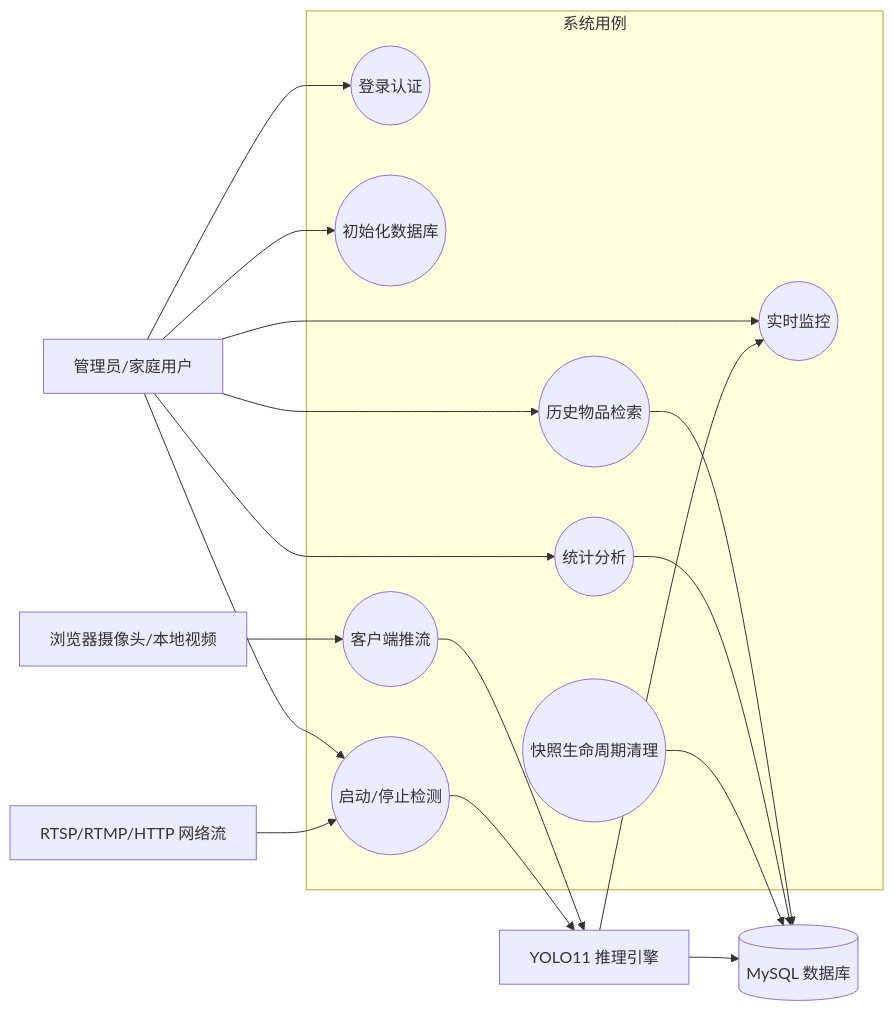
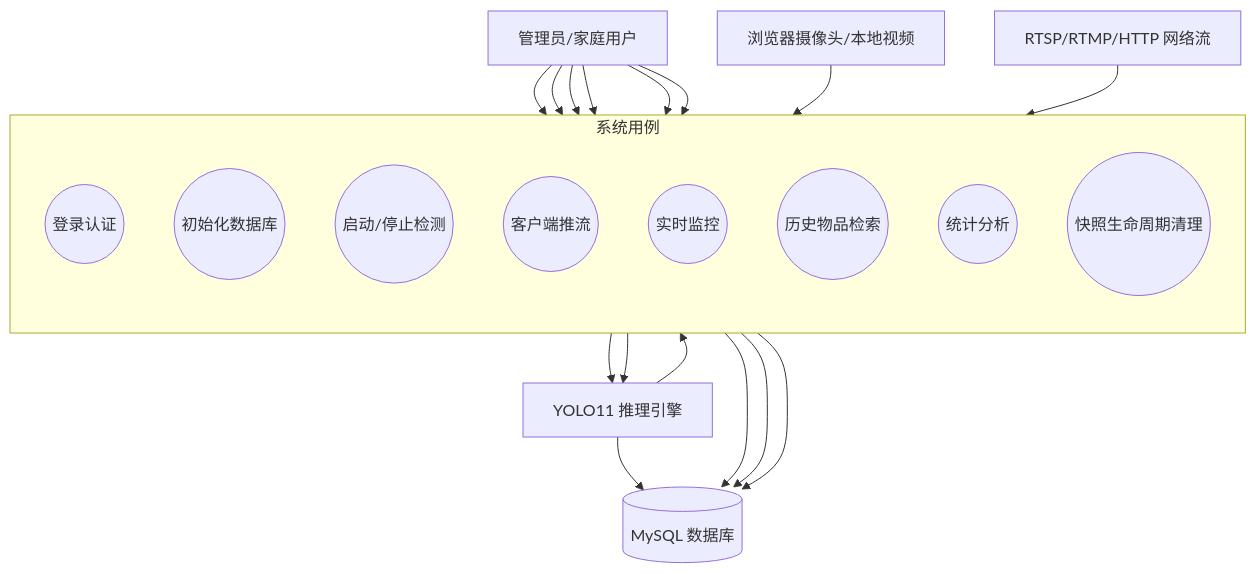
Before and after one commit to xez014/yolo-smarthome: the second of 17 diagrams in docs/毕业论文初稿.md, drawn with Mermaid. The commit also changed other lines of this file and 1 other file, not shown here.

````diff
--- a/docs/毕业论文初稿.md
+++ b/docs/毕业论文初稿.md
@@ -118,35 +118,36 @@
 ```mermaid
-flowchart LR
+flowchart TB
     user[管理员/家庭用户]
     cam[浏览器摄像头/本地视频]
     netcam[RTSP/RTMP/HTTP 网络流]
     db[(MySQL 数据库)]
     yolo[YOLO11 推理引擎]
 
     subgraph UC[系统用例]
+        direction TB
         login((登录认证))
         setup((初始化数据库))
         start((启动/停止检测))
         push((客户端推流))
         monitor((实时监控))
         search((历史物品检索))
         stats((统计分析))
         clean((快照生命周期清理))
     end
 
     user --> login
     user --> setup
     user --> start
     user --> monitor
     user --> search
     user --> stats
     cam --> push
     netcam --> start
     push --> yolo
     start --> yolo
     yolo --> monitor
     yolo --> db
     search --> db
     stats --> db
     clean --> db
 ```
````
